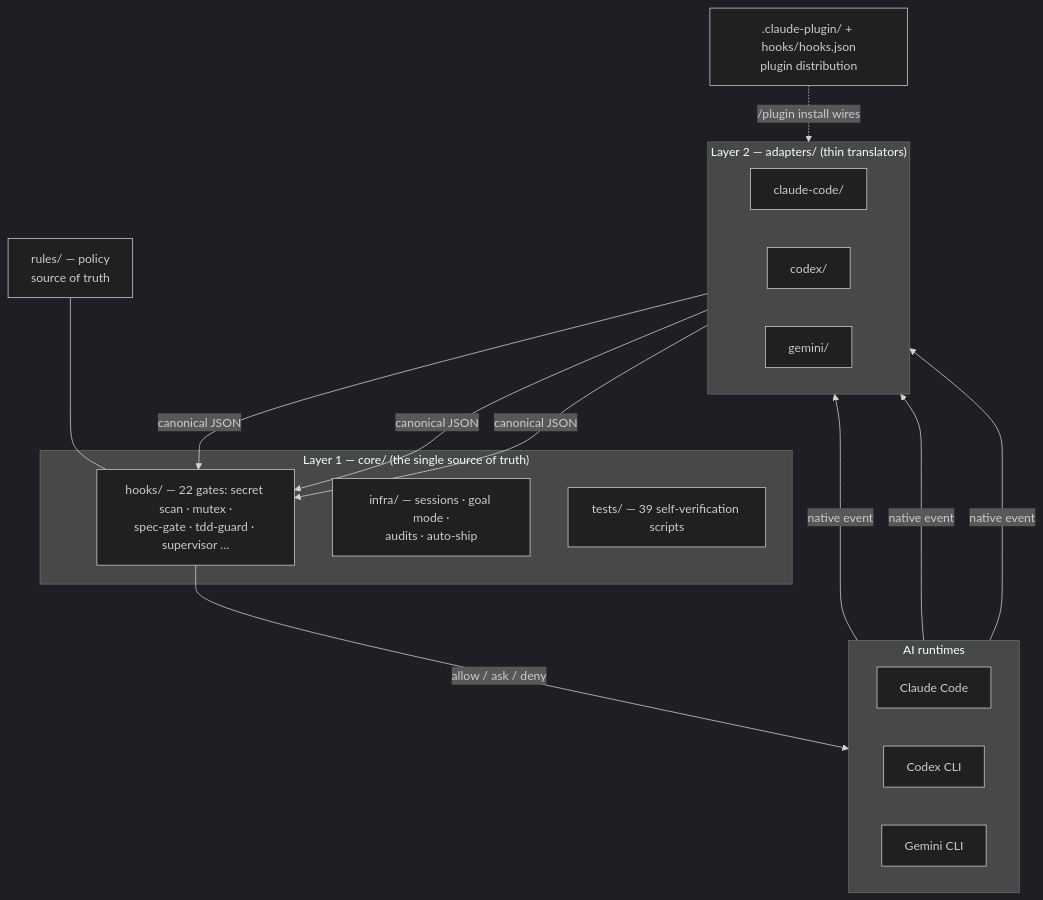
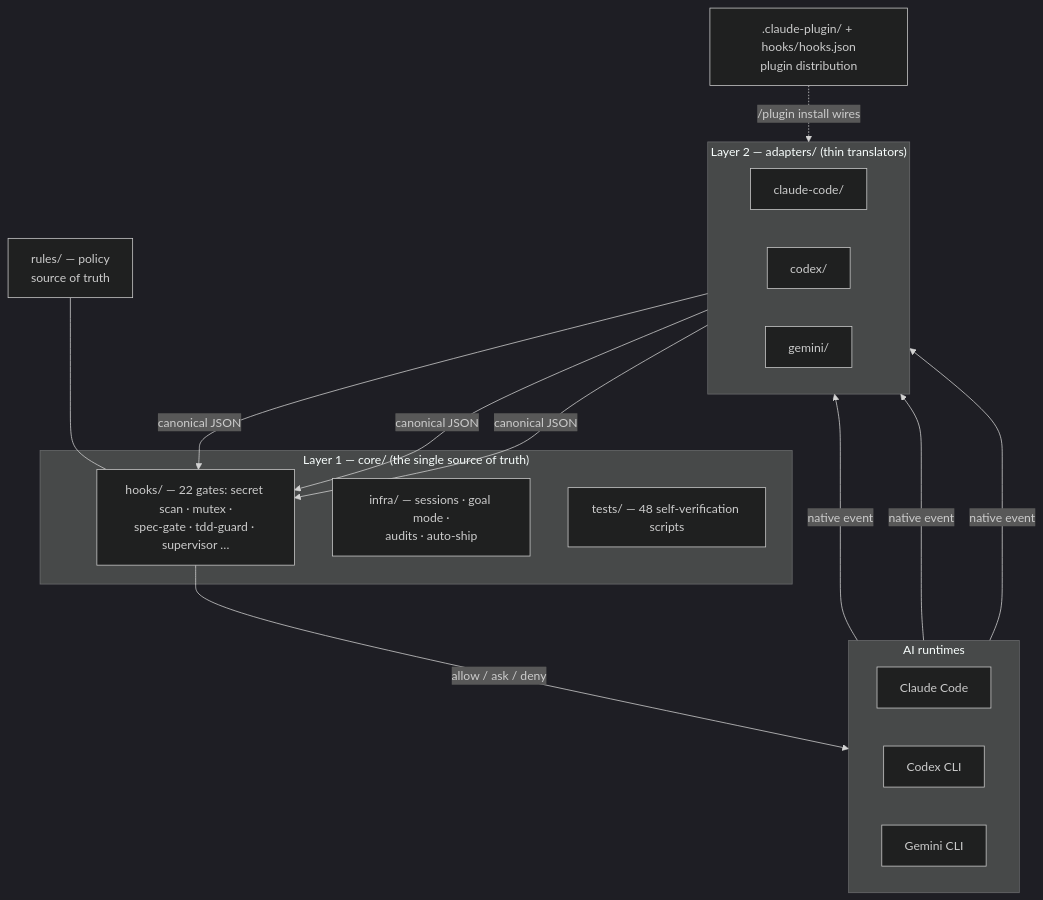
The second of 5 diagrams in README.md (joymin5655/Agent), drawn with Mermaid (dark theme) before and after one commit. The commit also changed other lines of this file and 7 other files, not shown here.

````diff
--- a/README.md
+++ b/README.md
@@ -189,32 +215,32 @@
 ```mermaid
 flowchart TB
     subgraph RT["AI runtimes"]
         direction LR
         CC["Claude Code"]
         CX["Codex CLI"]
         GM["Gemini CLI"]
     end
     subgraph AD["Layer 2 — adapters/ (thin translators)"]
         direction LR
         A1["claude-code/"]
         A2["codex/"]
         A3["gemini/"]
     end
     subgraph CORE["Layer 1 — core/ (the single source of truth)"]
         H["hooks/ — 22 gates: secret scan · mutex ·<br/>spec-gate · tdd-guard · supervisor …"]
         I["infra/ — sessions · goal mode ·<br/>audits · auto-ship"]
-        T["tests/ — 39 self-verification scripts"]
+        T["tests/ — 48 self-verification scripts"]
     end
     R["rules/ — policy<br/>source of truth"]
     PLUG[".claude-plugin/ + hooks/hooks.json<br/>plugin distribution"]
 
     CC -->|native event| A1
     CX -->|native event| A2
     GM -->|native event| A3
     A1 -->|canonical JSON| H
     A2 -->|canonical JSON| H
     A3 -->|canonical JSON| H
     H -->|"allow / ask / deny"| RT
     R --- H
     PLUG -. "/plugin install wires" .-> A1
 ```
````
